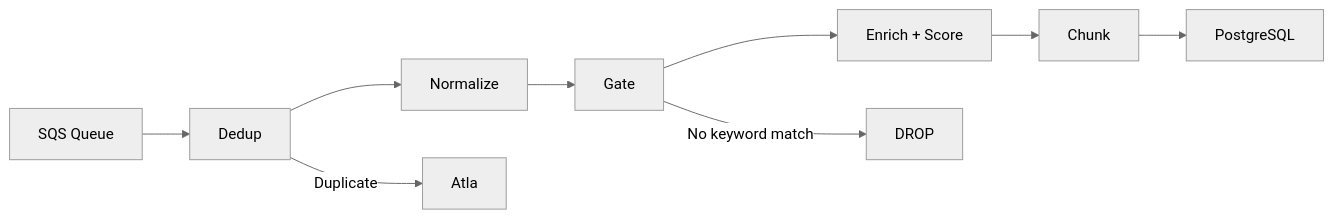
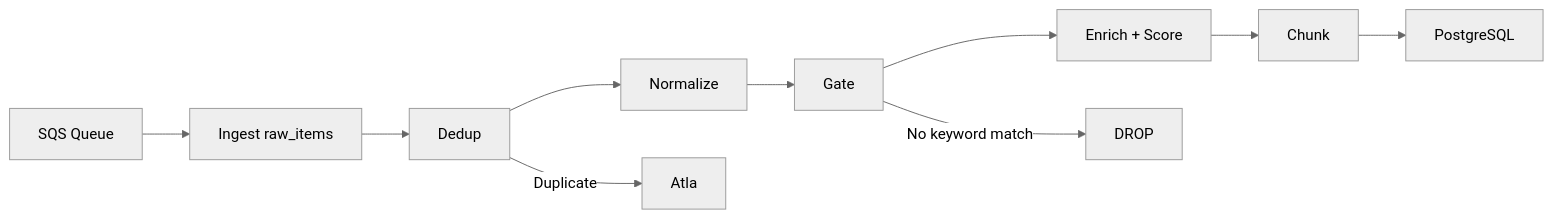
Before and after one commit to semihdilekci/executivemonitoring: the third of 3 diagrams in Docs/04_BACKEND_SPEC.md, drawn with Mermaid (neutral theme). The commit also changed other lines of this file and 163 other files, not shown here.

````diff
--- a/Docs/04_BACKEND_SPEC.md
+++ b/Docs/04_BACKEND_SPEC.md
@@ -615,11 +637,12 @@
 ```mermaid
 flowchart LR
-    A["SQS Queue"] --> B["Dedup"]
+    A["SQS Queue"] --> I["Ingest raw_items"]
+    I --> B["Dedup"]
     B --> C["Normalize"]
     C --> D["Gate"]
     D --> E["Enrich + Score"]
     E --> F["Chunk"]
     F --> G["PostgreSQL"]
     B -->|"Duplicate"| H["Atla"]
-    D -->|"No keyword match"| I["DROP"]
+    D -->|"No keyword match"| I2["DROP"]
 ```
````
